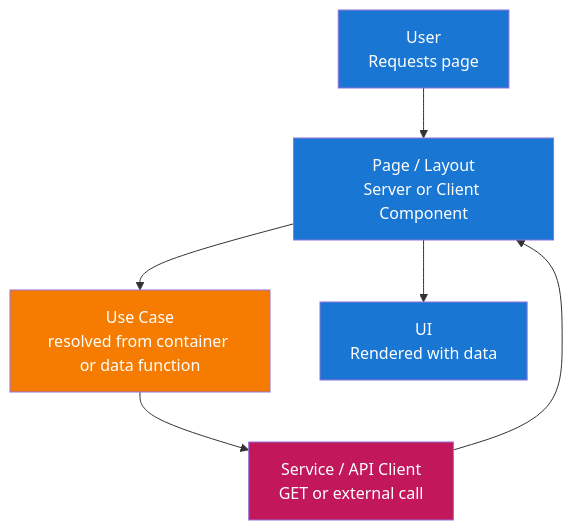
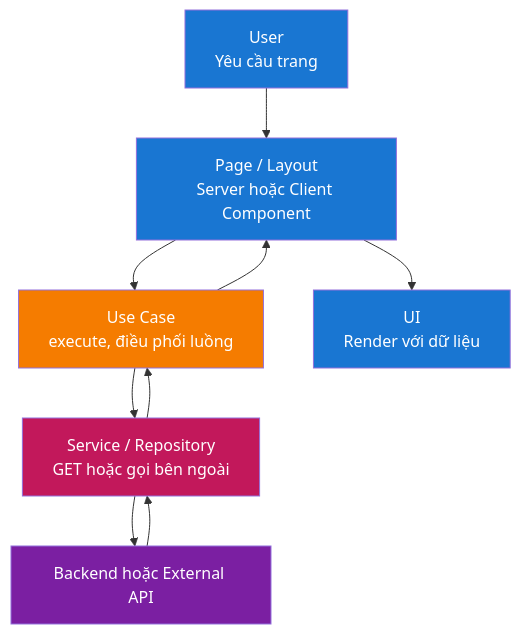
One commit to thinhtran3588/nextjs-starter-kit changed the third of 4 diagrams in docs/architecture-vi.md. Above: the diagram before and after it, drawn with Mermaid. The commit also changed other lines of this file and 208 other files, not shown here.

First line of the commit message:
refactor: reorganize modules into Clean Architecture layers (#36)

````diff
--- a/docs/architecture-vi.md
+++ b/docs/architecture-vi.md
@@ -86,14 +112,18 @@
 ```mermaid
 flowchart TD
-    User[User<br/>Requests page] --> Page[Page / Layout<br/>Server or Client Component]
-    Page --> UseCase[Use Case<br/>resolved from container or data function]
-    UseCase --> Service[Service / API Client<br/>GET or external call]
-    Service --> Page
-    Page --> UI[UI<br/>Rendered with data]
+    User[User<br/>Yêu cầu trang] --> Page[Page / Layout<br/>Server hoặc Client Component]
+    Page --> UseCase[Use Case<br/>execute, điều phối luồng]
+    UseCase --> Service[Service / Repository<br/>GET hoặc gọi bên ngoài]
+    Service --> Backend[Backend hoặc External API]
+    Backend --> Service
+    Service --> UseCase
+    UseCase --> Page
+    Page --> UI[UI<br/>Render với dữ liệu]
 
     style User fill:#1976d2,color:#fff
     style Page fill:#1976d2,color:#fff
     style UseCase fill:#f57c00,color:#fff
     style Service fill:#c2185b,color:#fff
+    style Backend fill:#7b1fa2,color:#fff
     style UI fill:#1976d2,color:#fff
 ```
````
